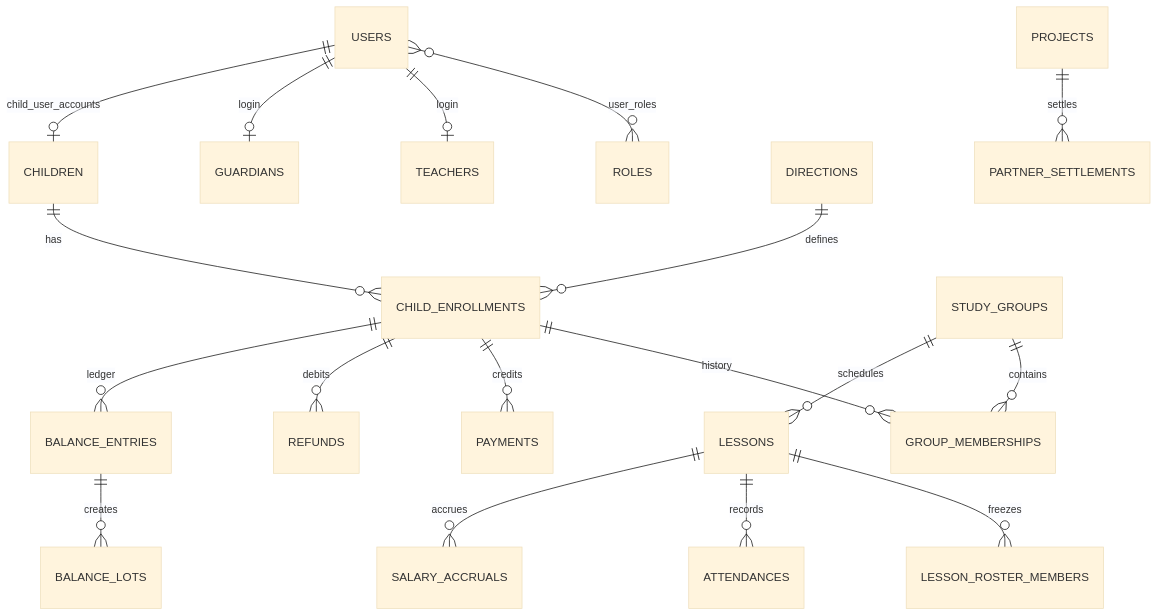
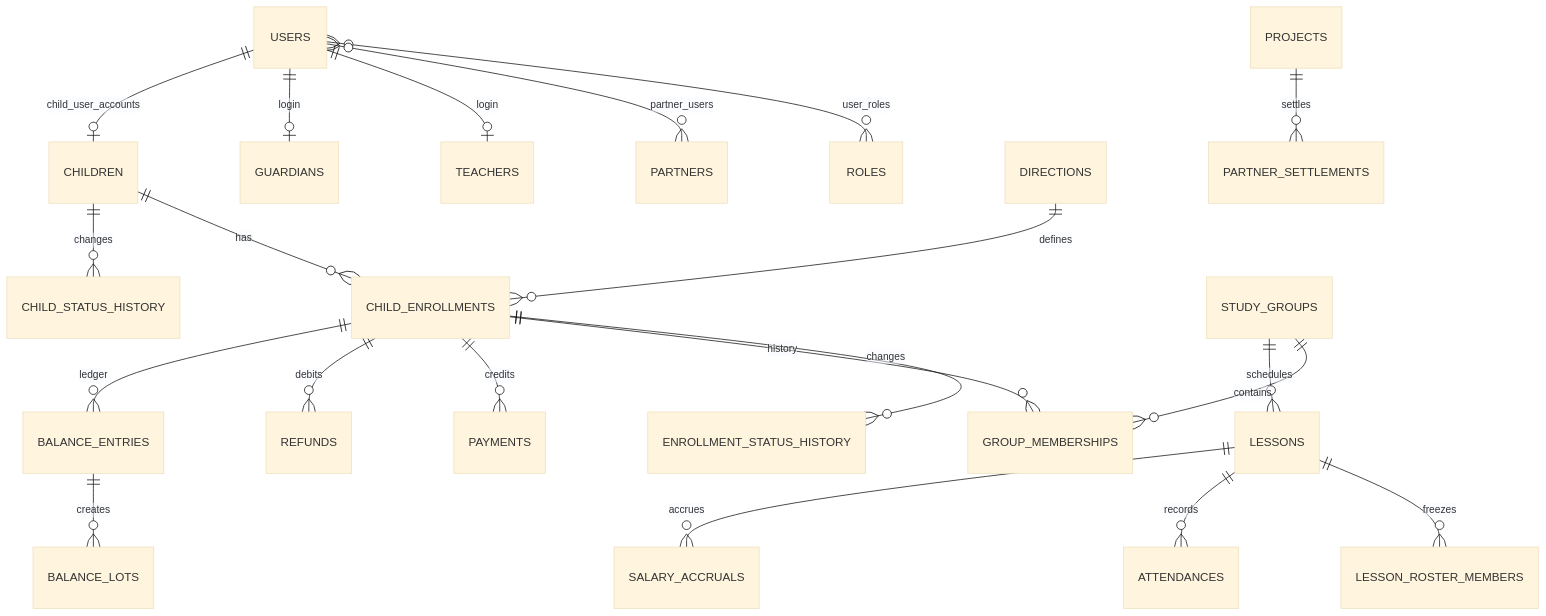
The diagram in DATABASE.md (Tiabaldoo/icube-crm), drawn with Mermaid (base theme) before and after one commit. The commit also changed other lines of this file and 8 other files, not shown here.

````diff
--- a/DATABASE.md
+++ b/DATABASE.md
@@ -7,20 +7,23 @@
 ```mermaid
 erDiagram
   USERS }o--o{ ROLES : user_roles
+  USERS }o--o{ PARTNERS : partner_users
   USERS ||--o| TEACHERS : login
   USERS ||--o| GUARDIANS : login
   USERS ||--o| CHILDREN : child_user_accounts
   CHILDREN ||--o{ CHILD_ENROLLMENTS : has
+  CHILDREN ||--o{ CHILD_STATUS_HISTORY : changes
   DIRECTIONS ||--o{ CHILD_ENROLLMENTS : defines
+  CHILD_ENROLLMENTS ||--o{ ENROLLMENT_STATUS_HISTORY : changes
   CHILD_ENROLLMENTS ||--o{ GROUP_MEMBERSHIPS : history
   STUDY_GROUPS ||--o{ GROUP_MEMBERSHIPS : contains
   STUDY_GROUPS ||--o{ LESSONS : schedules
   LESSONS ||--o{ LESSON_ROSTER_MEMBERS : freezes
   LESSONS ||--o{ ATTENDANCES : records
   CHILD_ENROLLMENTS ||--o{ PAYMENTS : credits
   CHILD_ENROLLMENTS ||--o{ REFUNDS : debits
   CHILD_ENROLLMENTS ||--o{ BALANCE_ENTRIES : ledger
   BALANCE_ENTRIES ||--o{ BALANCE_LOTS : creates
   LESSONS ||--o{ SALARY_ACCRUALS : accrues
   PROJECTS ||--o{ PARTNER_SETTLEMENTS : settles
 ```
````
